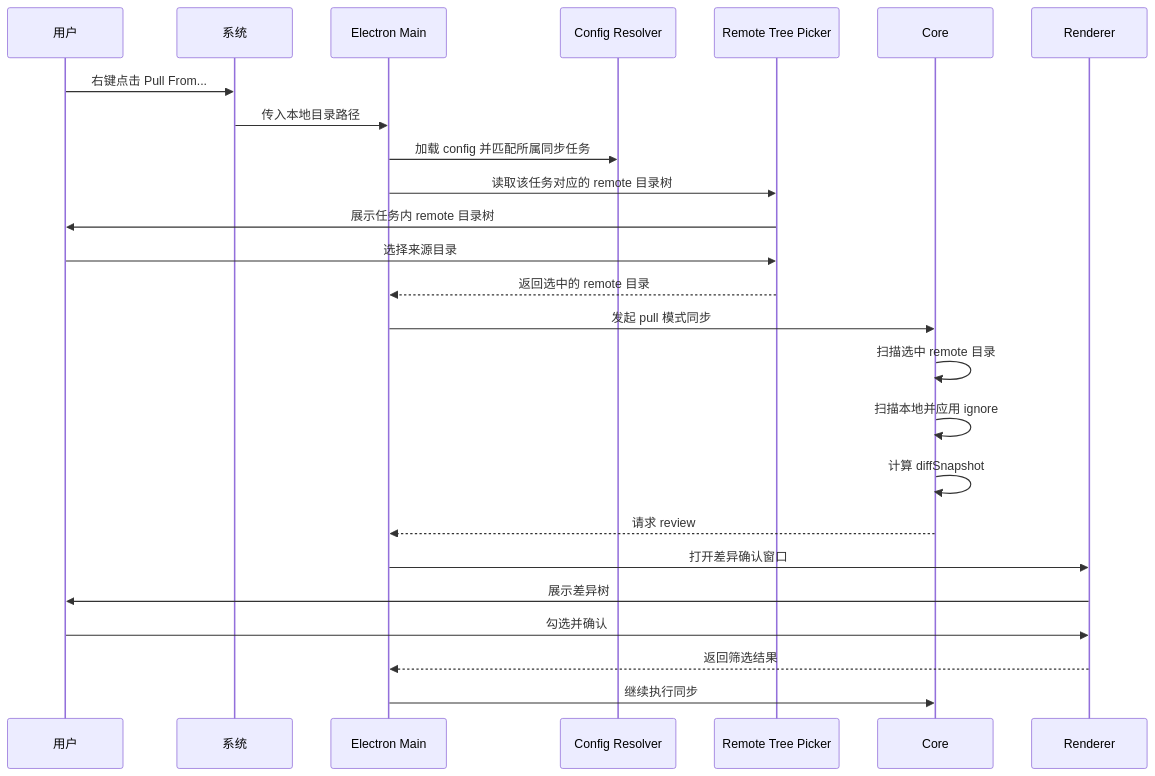
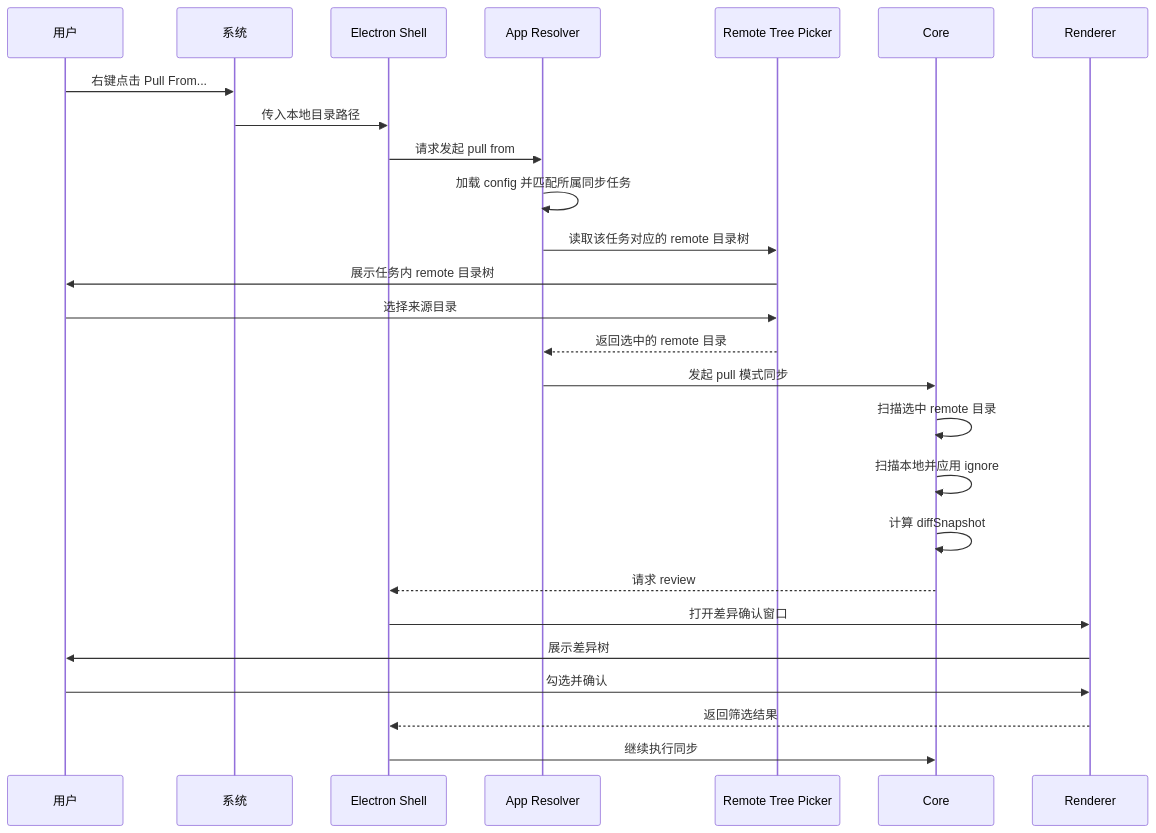
Before and after one commit to agalloch21/sync-with-rclone: the fifth of 7 diagrams in docs/Flows.md, drawn with Mermaid. The commit also changed other lines of this file and 20 other files, not shown here.

````diff
--- a/docs/Flows.md
+++ b/docs/Flows.md
@@ -139,28 +143,29 @@
 ```mermaid
 sequenceDiagram
   participant U as 用户
   participant OS as 系统
-  participant M as Electron Main
-  participant G as Config Resolver
+  participant M as Electron Shell
+  participant A as App Resolver
   participant T as Remote Tree Picker
   participant C as Core
   participant R as Renderer
 
   U->>OS: 右键点击 Pull From...
   OS->>M: 传入本地目录路径
-  M->>G: 加载 config 并匹配所属同步任务
-  M->>T: 读取该任务对应的 remote 目录树
+  M->>A: 请求发起 pull from
+  A->>A: 加载 config 并匹配所属同步任务
+  A->>T: 读取该任务对应的 remote 目录树
   T->>U: 展示任务内 remote 目录树
   U->>T: 选择来源目录
-  T-->>M: 返回选中的 remote 目录
-  M->>C: 发起 pull 模式同步
+  T-->>A: 返回选中的 remote 目录
+  A->>C: 发起 pull 模式同步
   C->>C: 扫描选中 remote 目录
   C->>C: 扫描本地并应用 ignore
   C->>C: 计算 diffSnapshot
   C-->>M: 请求 review
   M->>R: 打开差异确认窗口
   R->>U: 展示差异树
   U->>R: 勾选并确认
   R-->>M: 返回筛选结果
   M->>C: 继续执行同步
 ```
````
